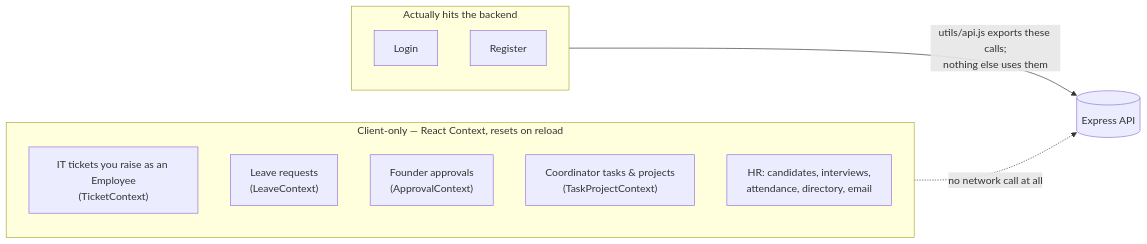
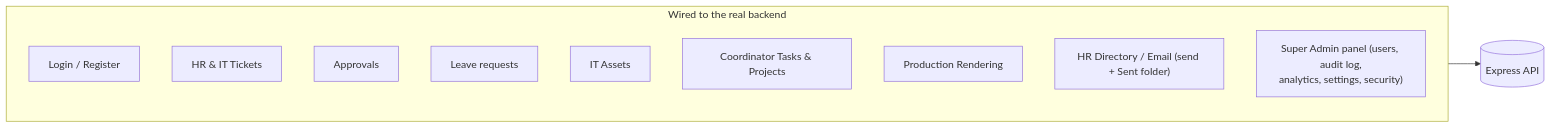
One commit to Fute-Services/Project-Ticket changed the sixth of 7 diagrams in docs/BACKEND_WORKFLOW.md. Above: the diagram before and after it, drawn with Mermaid. The commit also changed other lines of this file and 53 other files, not shown here.

First line of the commit message:
Fix backend audit findings and add cursor pagination for busiest lists

````diff
--- a/docs/BACKEND_WORKFLOW.md
+++ b/docs/BACKEND_WORKFLOW.md
@@ -117,16 +120,15 @@
 ```mermaid
 flowchart LR
-    subgraph Live["Actually hits the backend"]
-        L1["Login"]
-        L2["Register"]
+    subgraph Live["Wired to the real backend"]
+        L1["Login / Register"]
+        L2["HR & IT Tickets"]
+        L3["Approvals"]
+        L4["Leave requests"]
+        L5["IT Assets"]
+        L6["Coordinator Tasks & Projects"]
+        L7["Production Rendering"]
+        L8["HR Directory / Email (send + Sent folder)"]
+        L9["Super Admin panel (users, audit log,\nanalytics, settings, security)"]
     end
-    subgraph Local["Client-only — React Context, resets on reload"]
-        D1["IT tickets you raise as an Employee\n(TicketContext)"]
-        D2["Leave requests\n(LeaveContext)"]
-        D3["Founder approvals\n(ApprovalContext)"]
-        D4["Coordinator tasks & projects\n(TaskProjectContext)"]
-        D5["HR: candidates, interviews,\nattendance, directory, email"]
-    end
-    Live -->|"utils/api.js exports these calls;\nnothing else uses them"| Backend[("Express API")]
-    Local -.->|"no network call at all"| Backend
+    Live --> Backend[("Express API")]
 ```
````
